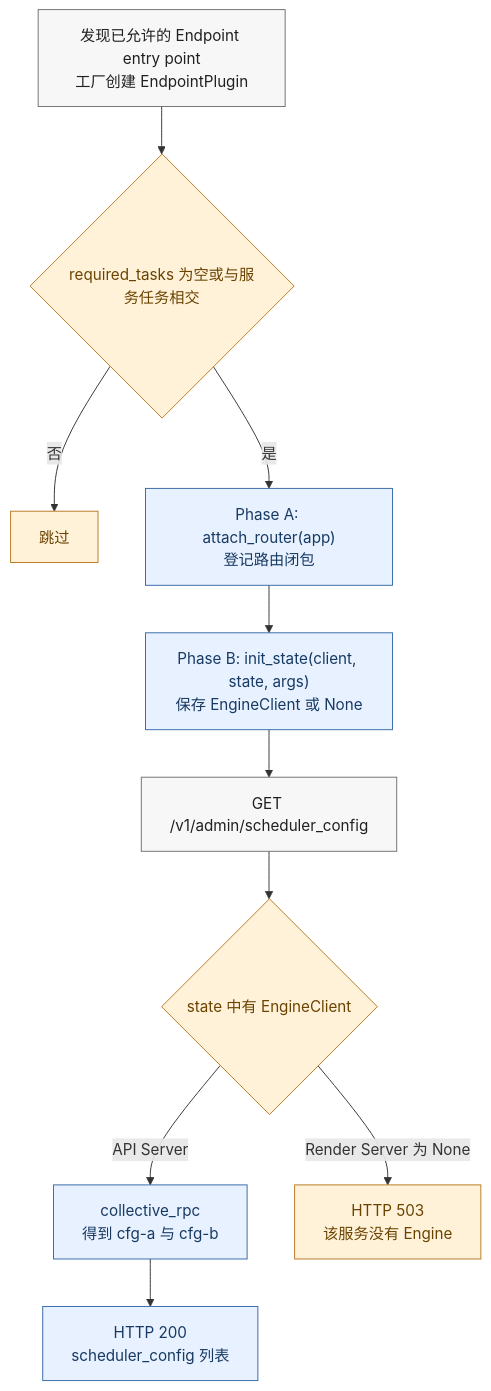
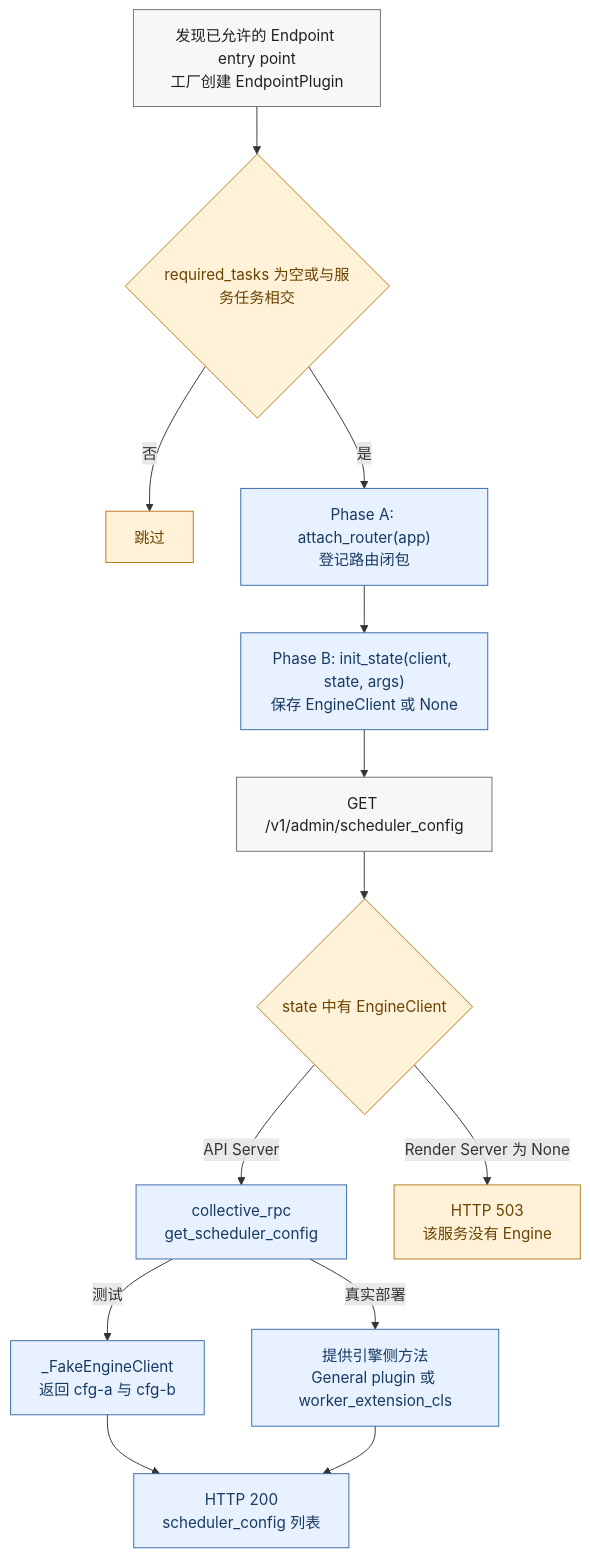
Before and after one commit to suhaibo666/llm-knowledge: the first of 3 diagrams in wiki/02_engineering/03_infer_frameworks/vllm/24_vllm_extension_plugin_system_analysis.md, drawn with Mermaid. The commit also changed other lines of this file and 59 other files, not shown here.

````diff
--- a/wiki/02_engineering/03_infer_frameworks/vllm/24_vllm_extension_plugin_system_analysis.md
+++ b/wiki/02_engineering/03_infer_frameworks/vllm/24_vllm_extension_plugin_system_analysis.md
@@ -42,18 +43,21 @@
 ```mermaid
 flowchart TB
     A["发现已允许的 Endpoint entry point<br/>工厂创建 EndpointPlugin"] --> C{"required_tasks 为空或与服务任务相交"}
     C -->|否| X["跳过"]
     C -->|是| D["Phase A: attach_router(app)<br/>登记路由闭包"]
     D --> G["Phase B: init_state(client, state, args)<br/>保存 EngineClient 或 None"]
     G --> H["GET /v1/admin/scheduler_config"]
     H --> I{"state 中有 EngineClient"}
-    I -->|API Server| J["collective_rpc<br/>得到 cfg-a 与 cfg-b"]
+    I -->|API Server| Q["collective_rpc<br/>get_scheduler_config"]
+    Q -->|测试| J["_FakeEngineClient<br/>返回 cfg-a 与 cfg-b"]
+    Q -->|真实部署| W["提供引擎侧方法<br/>General plugin 或 worker_extension_cls"]
     J --> K["HTTP 200<br/>scheduler_config 列表"]
+    W --> K
     I -->|Render Server 为 None| R["HTTP 503<br/>该服务没有 Engine"]
 
     classDef default fill:#f7f7f7,stroke:#707070,color:#202020
     classDef acc1 fill:#e8f1ff,stroke:#3569a8,color:#173a63
     classDef acc2 fill:#fff2d9,stroke:#b7791f,color:#6b4300
-    class D,G,J,K acc1
+    class D,G,Q,J,W,K acc1
     class C,X,I,R acc2
 ```
````
